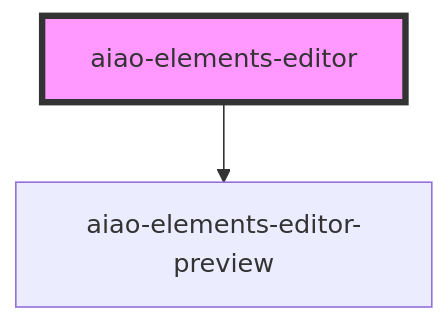
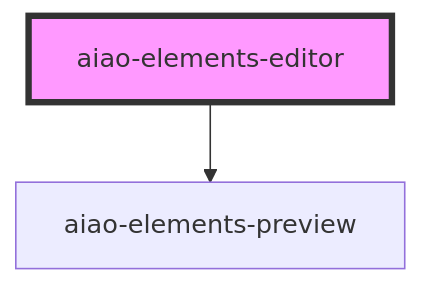
Before and after one commit to aiao-io/aiao: the diagram in libs/elements/src/lib/components/elements-editor/README.md, drawn with Mermaid. The commit also changed other lines of this file and 29 other files, not shown here.

````diff
--- a/libs/elements/src/lib/components/elements-editor/README.md
+++ b/libs/elements/src/lib/components/elements-editor/README.md
@@ -24,5 +25,5 @@
 ```mermaid
 graph TD;
-  aiao-elements-editor --> aiao-elements-editor-preview
+  aiao-elements-editor --> aiao-elements-preview
   style aiao-elements-editor fill:#f9f,stroke:#333,stroke-width:4px
 ```
````
